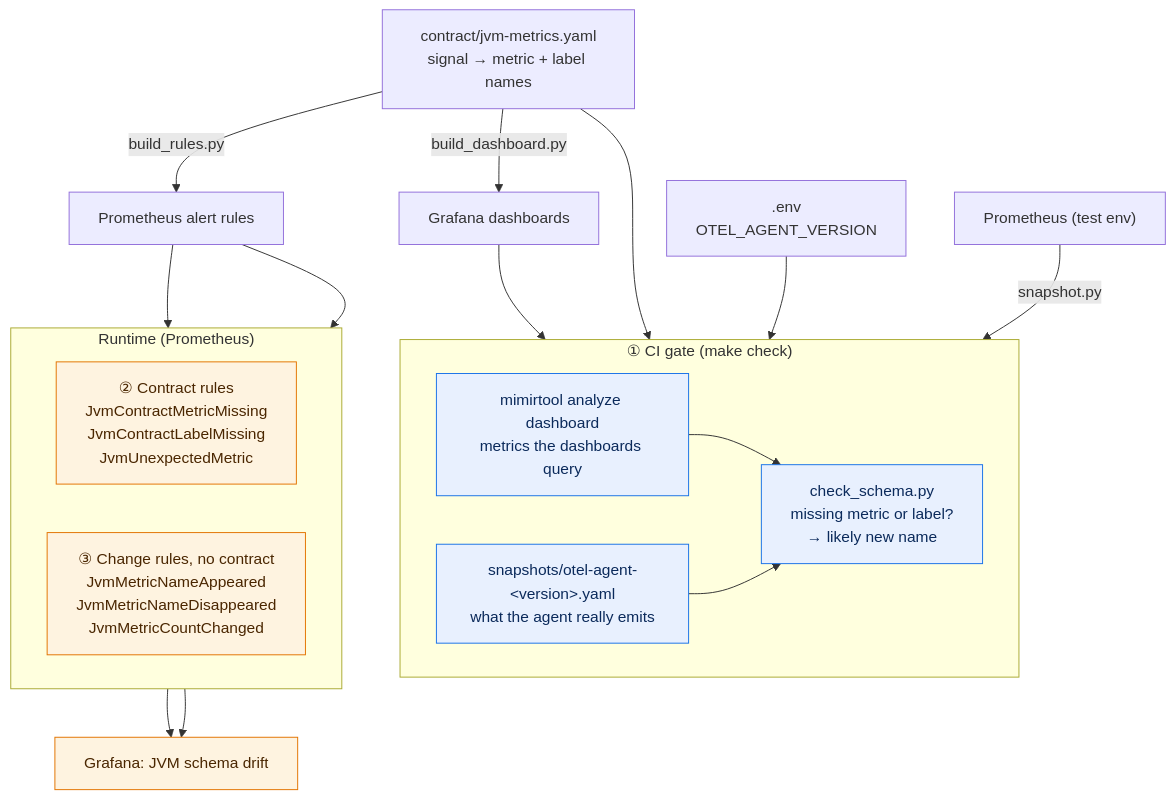
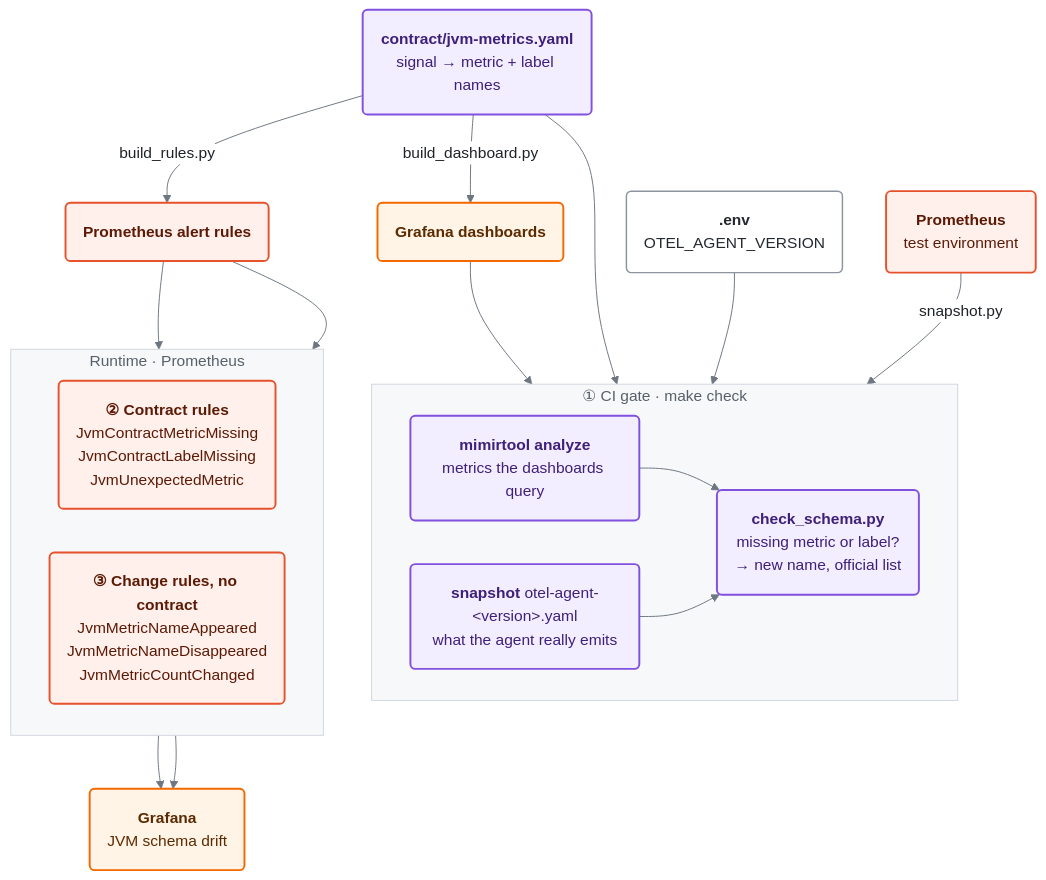
One commit to imenbkr/demo-otel-jvm-schema-drift changed the third of 7 diagrams in README.md. Above: the diagram before and after it, drawn with Mermaid. The commit also changed other lines of this file and 21 other files, not shown here.

Commit message:
Add deploy markers, restyle diagrams, refresh dashboard screenshots

````diff
--- a/README.md
+++ b/README.md
@@ -113,32 +123,37 @@
 ```mermaid
+%%{init: {"theme": "base", "themeVariables": {"fontFamily": "Arial, Helvetica, sans-serif", "fontSize": "16px", "primaryColor": "#ffffff", "primaryBorderColor": "#8c959f", "primaryTextColor": "#1f2328", "lineColor": "#6e7781", "clusterBkg": "#f6f8fa", "clusterBorder": "#d0d7de", "edgeLabelBackground": "#ffffff", "titleColor": "#57606a"}, "flowchart": {"curve": "basis", "nodeSpacing": 45, "rankSpacing": 55, "padding": 18}}}%%
 flowchart TB
-  contract["contract/jvm-metrics.yaml<br/>signal → metric + label names"]
-  contract -->|build_dashboard.py| dash["Grafana dashboards"]
-  contract -->|build_rules.py| rules["Prometheus alert rules"]
+  contract("<b>contract/jvm-metrics.yaml</b><br/>signal → metric + label names"):::gate
+  contract -->|build_dashboard.py| dash("<b>Grafana dashboards</b>"):::graf
+  contract -->|build_rules.py| rules("<b>Prometheus alert rules</b>"):::prom
 
-  subgraph ci["① CI gate (make check)"]
+  subgraph ci["① CI gate · make check"]
     direction LR
-    mimir["mimirtool analyze dashboard<br/>metrics the dashboards query"]
-    snap["snapshots/otel-agent-#lt;version#gt;.yaml<br/>what the agent really emits"]
-    check["check_schema.py<br/>missing metric or label?<br/>→ likely new name"]
+    mimir("<b>mimirtool analyze</b><br/>metrics the dashboards query"):::gate
+    snap("<b>snapshot</b> otel-agent-#lt;version#gt;.yaml<br/>what the agent really emits"):::gate
+    check("<b>check_schema.py</b><br/>missing metric or label?<br/>→ new name, official list"):::gate
     mimir --> check
     snap --> check
   end
   dash --> mimir
   contract --> check
-  env[".env<br/>OTEL_AGENT_VERSION"] --> check
-  testprom["Prometheus (test env)"] -->|snapshot.py| snap
+  env("<b>.env</b><br/>OTEL_AGENT_VERSION"):::infra --> check
+  testprom("<b>Prometheus</b><br/>test environment"):::prom -->|snapshot.py| snap
 
-  subgraph rt["Runtime (Prometheus)"]
+  subgraph rt["Runtime · Prometheus"]
     direction LR
-    r2["② Contract rules<br/>JvmContractMetricMissing<br/>JvmContractLabelMissing<br/>JvmUnexpectedMetric"]
-    r3["③ Change rules, no contract<br/>JvmMetricNameAppeared<br/>JvmMetricNameDisappeared<br/>JvmMetricCountChanged"]
+    r2("<b>② Contract rules</b><br/>JvmContractMetricMissing<br/>JvmContractLabelMissing<br/>JvmUnexpectedMetric"):::prom
+    r3("<b>③ Change rules, no contract</b><br/>JvmMetricNameAppeared<br/>JvmMetricNameDisappeared<br/>JvmMetricCountChanged"):::prom
   end
   rules --> r2 & r3
-  r2 & r3 --> drift["Grafana: JVM schema drift"]
+  r2 & r3 --> drift("<b>Grafana</b><br/>JVM schema drift"):::graf
 
-  classDef gate fill:#e8f0fe,stroke:#1a73e8,color:#0b2a5b
-  classDef run fill:#fef3e0,stroke:#e37400,color:#4a2600
-  class mimir,snap,check gate
-  class r2,r3,drift run
+  classDef jvm fill:#eaf2ff,stroke:#2f6feb,stroke-width:2px,color:#0a3069
+  classDef prom fill:#fff0eb,stroke:#e6522c,stroke-width:2px,color:#5c1a06
+  classDef graf fill:#fff4e5,stroke:#f46800,stroke-width:2px,color:#5c2a00
+  classDef infra fill:#ffffff,stroke:#8c959f,stroke-width:1.5px,color:#24292f
+  classDef gate fill:#f3eeff,stroke:#8250df,stroke-width:2px,color:#3e1f79
+  classDef ok fill:#dafbe1,stroke:#1a7f37,stroke-width:2px,color:#0f3d1c
+  classDef bad fill:#ffebe9,stroke:#cf222e,stroke-width:2px,color:#6e1a1f
+  classDef warn fill:#fff8c5,stroke:#bf8700,stroke-width:2px,color:#4d2d00
 ```
````
